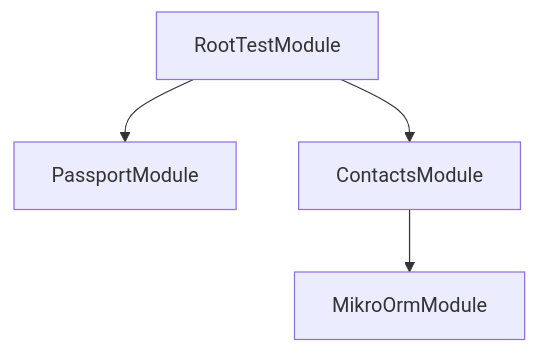
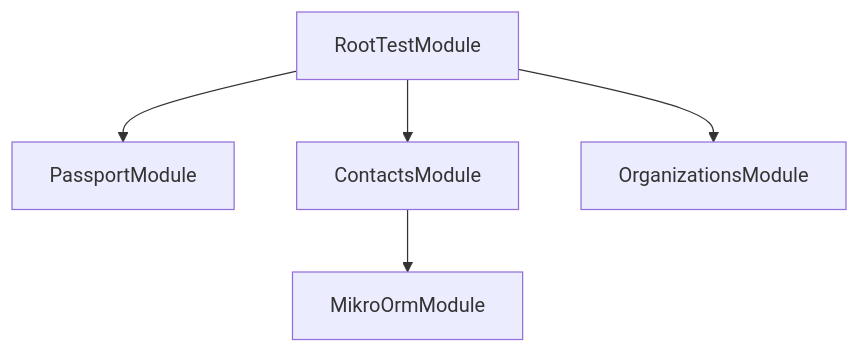
The diagram in docs/DependencyGraphForTest.md (gpo/grassroots), drawn with Mermaid before and after one commit. The commit also changed other lines of this file and 13 other files, not shown here.

````diff
--- a/docs/DependencyGraphForTest.md
+++ b/docs/DependencyGraphForTest.md
@@ -1,6 +2,7 @@
-```mermaid
-graph TD
-  RootTestModule-->PassportModule
-RootTestModule-->ContactsModule
-ContactsModule-->MikroOrmModule
-```
+  ```mermaid
+  graph TD
+    RootTestModule-->PassportModule
+  RootTestModule-->ContactsModule
+  ContactsModule-->MikroOrmModule
+  RootTestModule-->OrganizationsModule
+  ```
````
